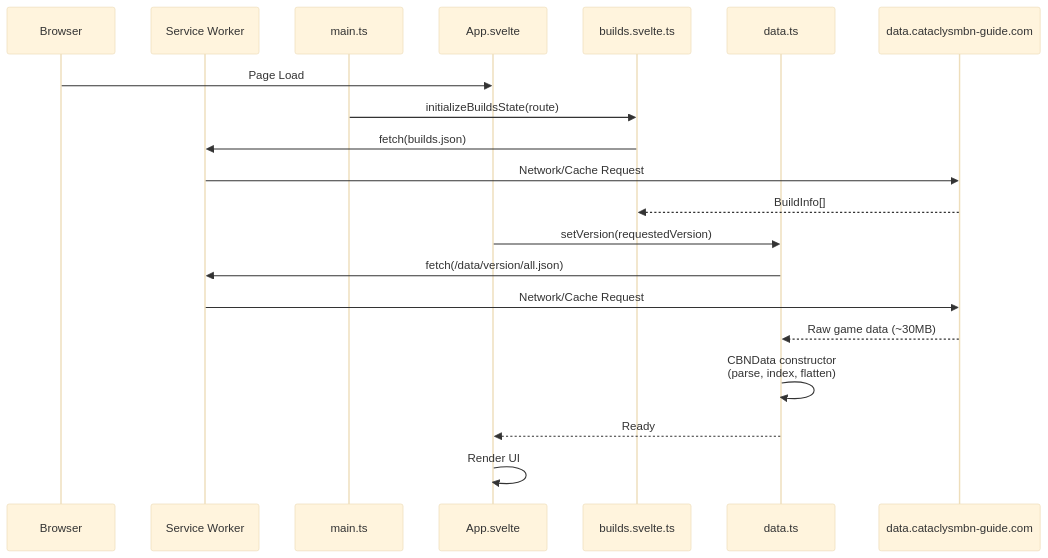
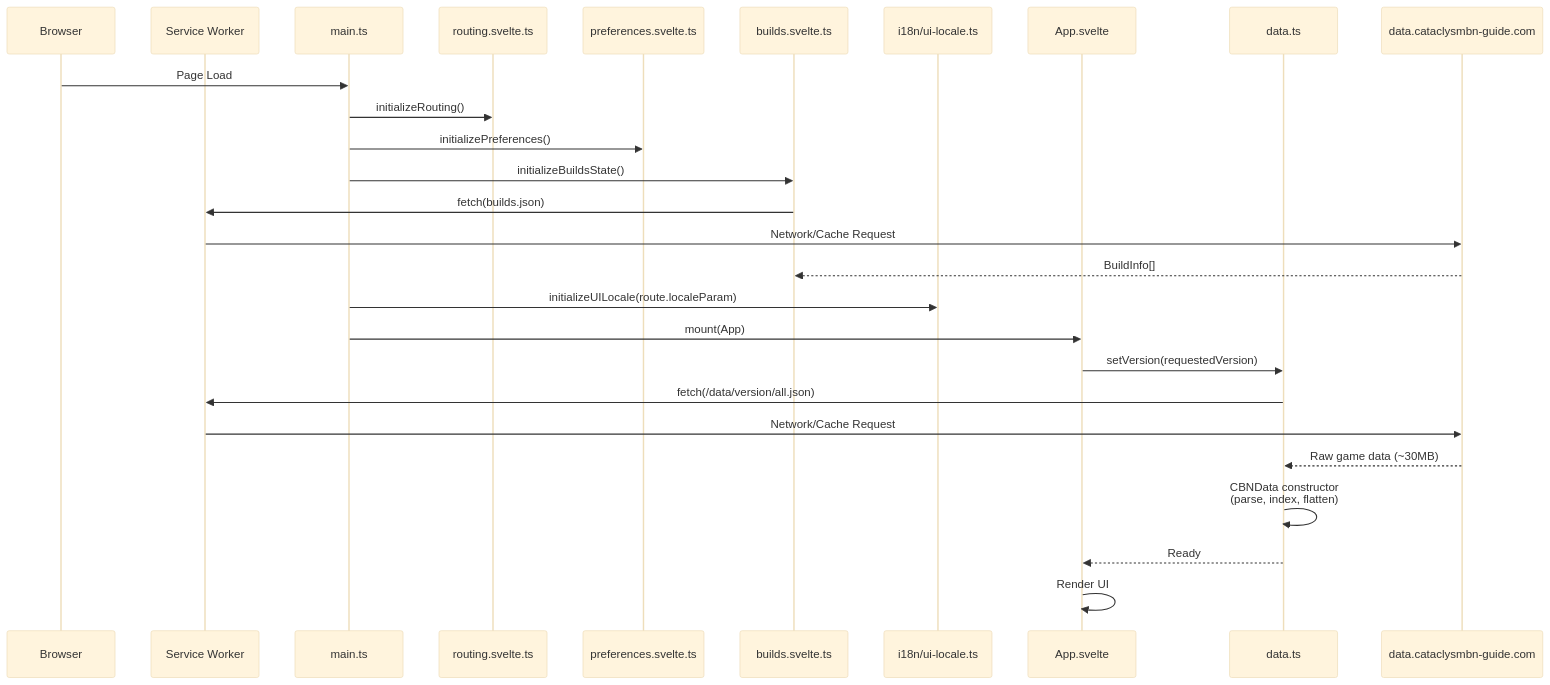
The fourth of 8 diagrams in docs/architecture.md (ushkinaz/cbn-guide), drawn with Mermaid (base theme) before and after one commit. The commit also changed 2 other files, not shown here.

Commit message:
refactor(docs): update architecture and routing docs for restructured modules
- Reflects migration to `.svelte.ts` modules (`routing`, `preferences`, `builds`, `i18n`).
- Updates diagrams and descriptions to match the refactored bootstrapping process.
- Clarifies separation of routing, navigation, and state layers.
- Documents new rules for tileset, locale, and search handling.

````diff
--- a/docs/architecture.md
+++ b/docs/architecture.md
@@ -161,26 +161,33 @@
 ```mermaid
 sequenceDiagram
     participant Browser
     participant SW as Service Worker
     participant Main as main.ts
+    participant Route as routing.svelte.ts
+    participant Prefs as preferences.svelte.ts
+    participant Builds as builds.svelte.ts
+    participant I18n as i18n/ui-locale.ts
     participant App as App.svelte
-    participant Builds as builds.svelte.ts
     participant Data as data.ts
     participant Ext as data.cataclysmbn-guide.com
 
-    Browser->>App: Page Load
-    Main->>Builds: initializeBuildsState(route)
+    Browser->>Main: Page Load
+    Main->>Route: initializeRouting()
+    Main->>Prefs: initializePreferences()
+    Main->>Builds: initializeBuildsState()
     Builds->>SW: fetch(builds.json)
     SW->>Ext: Network/Cache Request
     Ext-->>Builds: BuildInfo[]
+    Main->>I18n: initializeUILocale(route.localeParam)
+    Main->>App: mount(App)
 
     App->>Data: setVersion(requestedVersion)
     Data->>SW: fetch(/data/version/all.json)
     SW->>Ext: Network/Cache Request
     Ext-->>Data: Raw game data (~30MB)
 
     Data->>Data: CBNData constructor<br/>(parse, index, flatten)
     Data-->>App: Ready
 
     App->>App: Render UI
 ```
````
